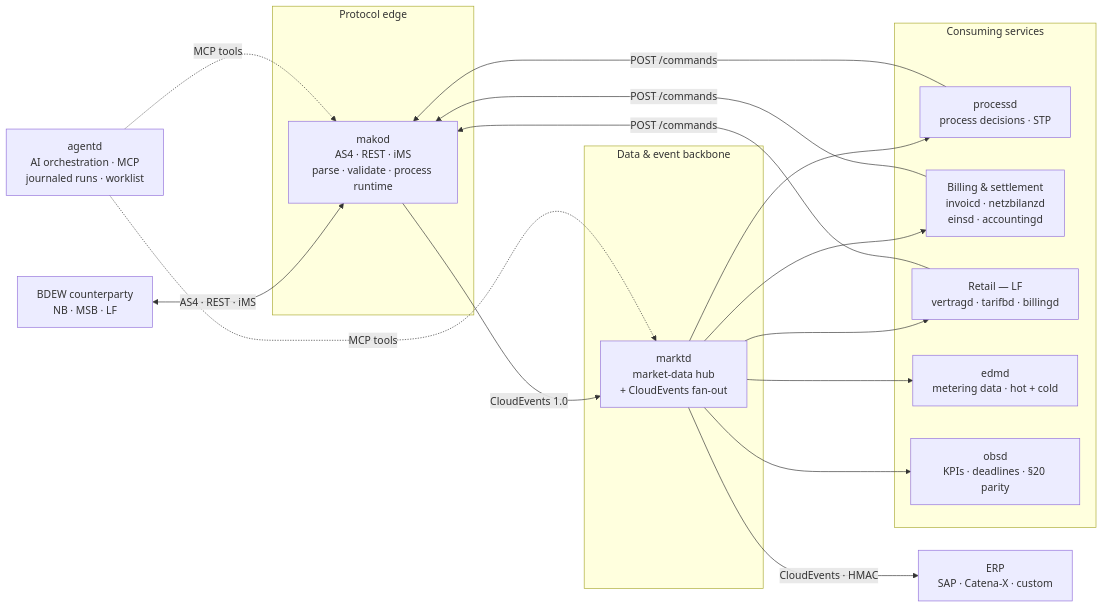
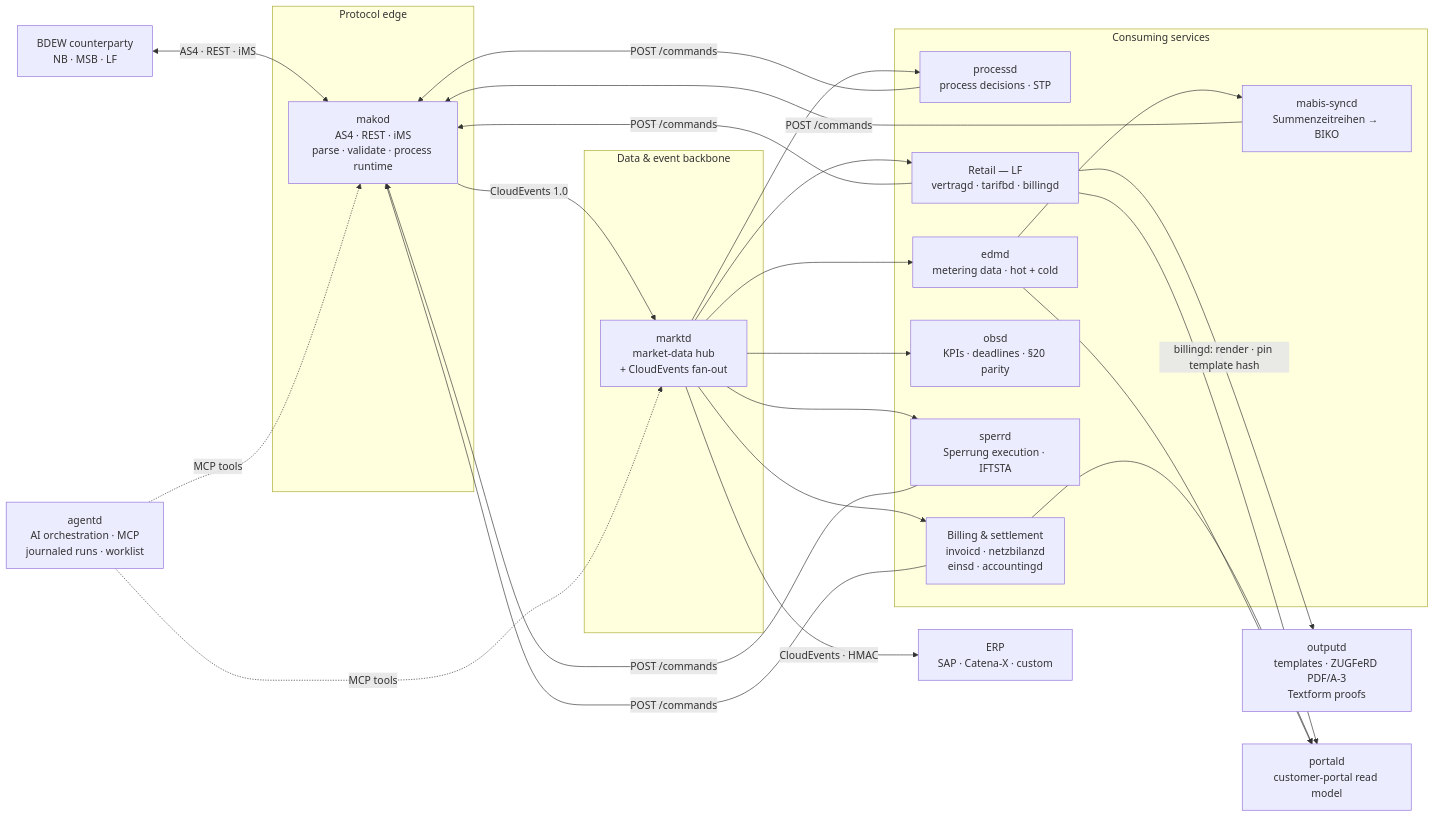
The first of 5 diagrams in site/content/docs/architecture/_index.md (hupe1980/mako), drawn with Mermaid before and after one commit. The commit also changed other lines of this file and 164 other files, not shown here.

````diff
--- a/site/content/docs/architecture/_index.md
+++ b/site/content/docs/architecture/_index.md
@@ -45,31 +45,39 @@
 ```mermaid
 graph LR
     EXT["BDEW counterparty<br/>NB · MSB · LF"]
     ERP["ERP<br/>SAP · Catena-X · custom"]
 
     subgraph edge ["Protocol edge"]
         MAKOD["makod<br/>AS4 · REST · iMS<br/>parse · validate · process runtime"]
     end
 
     subgraph backbone ["Data &amp; event backbone"]
         MARKTD["marktd<br/>market-data hub<br/>+ CloudEvents fan-out"]
     end
 
     subgraph consumers ["Consuming services"]
         PROC["processd<br/>process decisions · STP"]
         SETTLE["Billing &amp; settlement<br/>invoicd · netzbilanzd<br/>einsd · accountingd"]
         RETAIL["Retail — LF<br/>vertragd · tarifbd · billingd"]
         EDMD["edmd<br/>metering data · hot + cold"]
         OBSD["obsd<br/>KPIs · deadlines · §20 parity"]
+        SPERRD["sperrd<br/>Sperrung execution · IFTSTA"]
+        MABIS["mabis-syncd<br/>Summenzeitreihen → BIKO"]
     end
 
+    OUTPUTD["outputd<br/>templates · ZUGFeRD PDF/A-3<br/>Textform proofs"]
+    PORTALD["portald<br/>customer-portal read model"]
     AGENTD["agentd<br/>AI orchestration · MCP<br/>journaled runs · worklist"]
 
     EXT <-->|"AS4 · REST · iMS"| MAKOD
     MAKOD -->|"CloudEvents 1.0"| MARKTD
-    MARKTD --> PROC & SETTLE & EDMD & OBSD & RETAIL
+    MARKTD --> PROC & SETTLE & EDMD & OBSD & RETAIL & SPERRD
     MARKTD -->|"CloudEvents · HMAC"| ERP
-    PROC & SETTLE & RETAIL -->|"POST /commands"| MAKOD
+    EDMD --> MABIS
+    MABIS -->|"POST /commands"| MAKOD
+    PROC & SETTLE & RETAIL & SPERRD -->|"POST /commands"| MAKOD
+    RETAIL -->|"billingd: render · pin template hash"| OUTPUTD
+    RETAIL & SETTLE & EDMD --> PORTALD
     AGENTD -.->|"MCP tools"| MAKOD
     AGENTD -.->|"MCP tools"| MARKTD
 ```
````
